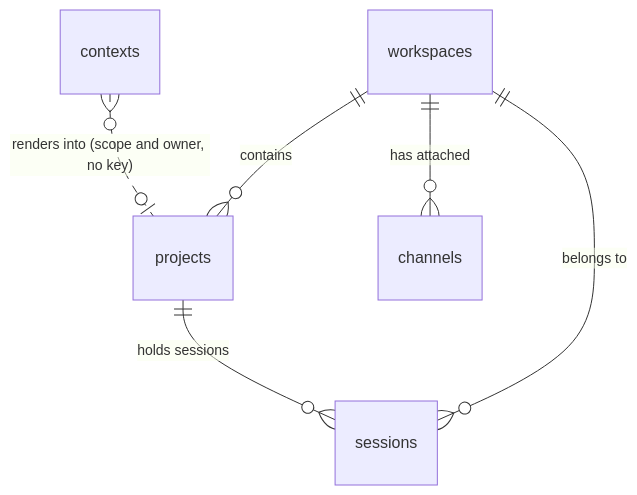
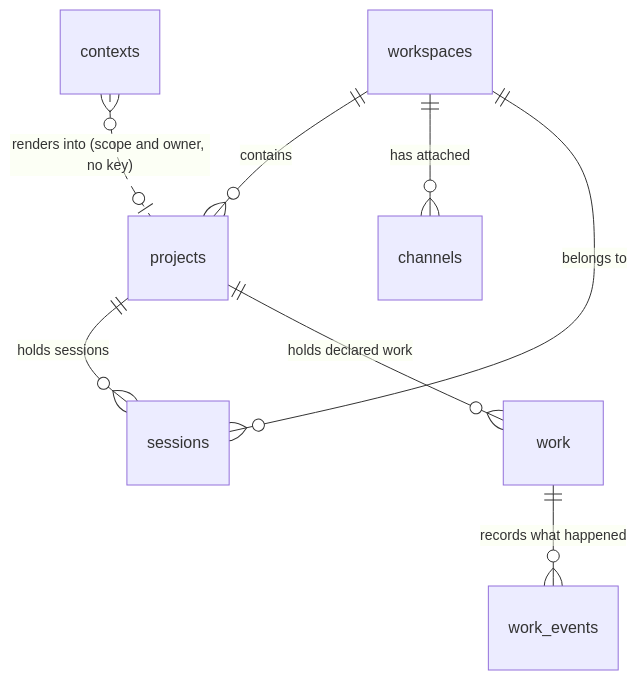
One commit to atlantic-blue/quay-crew changed the diagram in docs/DATABASE.md. Above: the diagram before and after it, drawn with Mermaid. The commit also changed other lines of this file and 25 other files, not shown here.

````diff
--- a/docs/DATABASE.md
+++ b/docs/DATABASE.md
@@ -124,8 +136,10 @@
 ```mermaid
 erDiagram
     workspaces ||--o{ projects : contains
     workspaces ||--o{ channels : "has attached"
     projects   ||--o{ sessions : "holds sessions"
     sessions }o--|| workspaces : "belongs to"
     contexts   }o..o| projects : "renders into (scope and owner, no key)"
+    projects   ||--o{ work : "holds declared work"
+    work       ||--o{ work_events : "records what happened"
 ```
````
